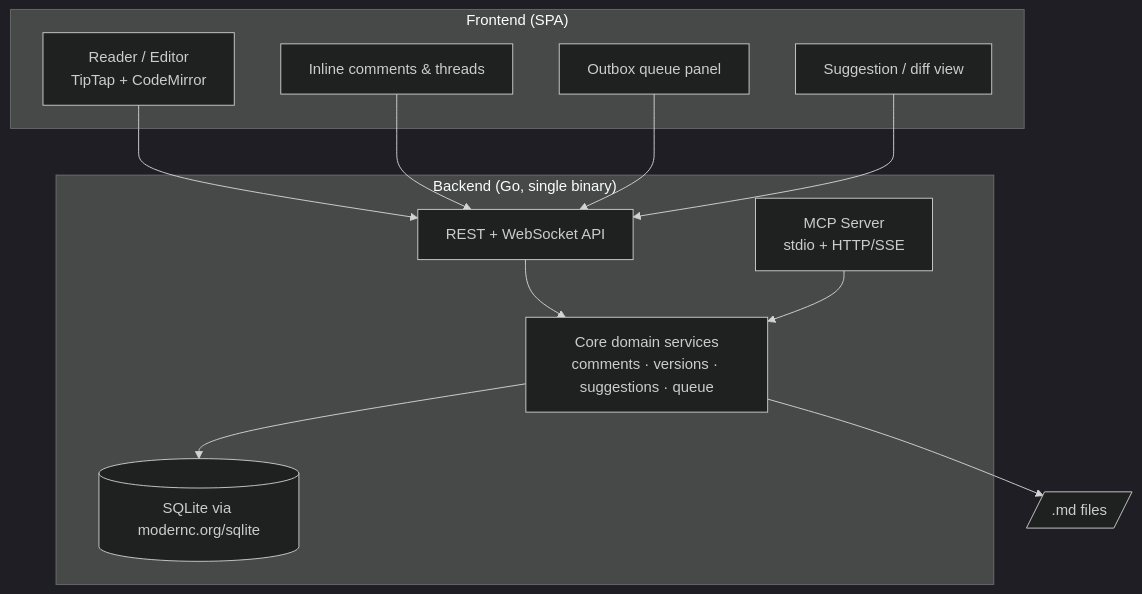
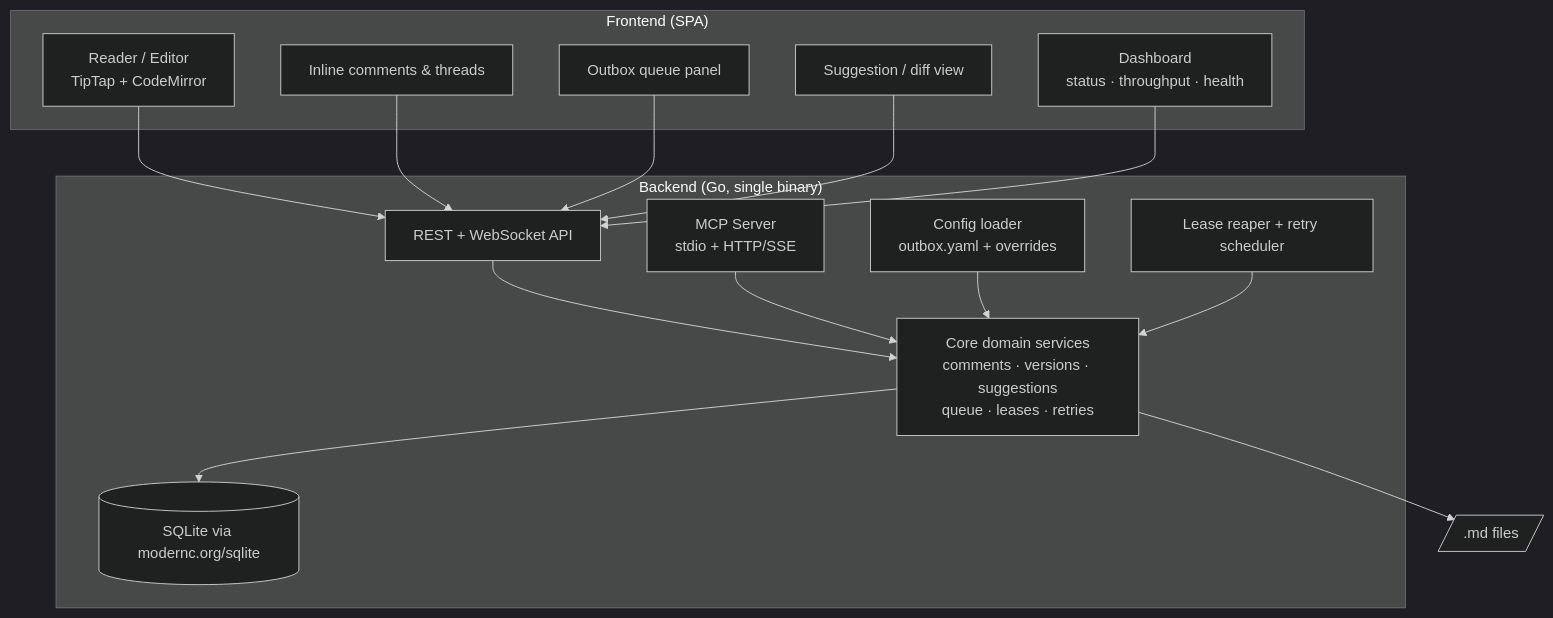
The second of 4 diagrams in docs/specs/2026-06-27-outbox-md-design.md (rajanrx/outbox-md), drawn with Mermaid (dark theme) before and after one commit. The commit also changed other lines of this file, not shown here.

First line of the commit message:
docs: add configuration, reliability/failure handling, and built-in dashboard

````diff
--- a/docs/specs/2026-06-27-outbox-md-design.md
+++ b/docs/specs/2026-06-27-outbox-md-design.md
@@ -122,25 +191,31 @@
 ```mermaid
 flowchart TB
     subgraph Frontend["Frontend (SPA)"]
         Reader[Reader / Editor<br/>TipTap + CodeMirror]
         Comments[Inline comments & threads]
         Outbox[Outbox queue panel]
         Diff[Suggestion / diff view]
+        Dash[Dashboard<br/>status · throughput · health]
     end
 
     subgraph Backend["Backend (Go, single binary)"]
         API[REST + WebSocket API]
         MCP[MCP Server<br/>stdio + HTTP/SSE]
-        Core[Core domain services<br/>comments · versions · suggestions · queue]
+        Core[Core domain services<br/>comments · versions · suggestions<br/>queue · leases · retries]
+        Reaper[Lease reaper + retry scheduler]
+        Config[Config loader<br/>outbox.yaml + overrides]
         Store[(SQLite via modernc.org/sqlite)]
     end
 
     Reader --> API
     Comments --> API
     Outbox --> API
     Diff --> API
+    Dash --> API
     API --> Core
     MCP --> Core
+    Config --> Core
+    Reaper --> Core
     Core --> Store
     Core --> Files[/.md files/]
 ```
````
